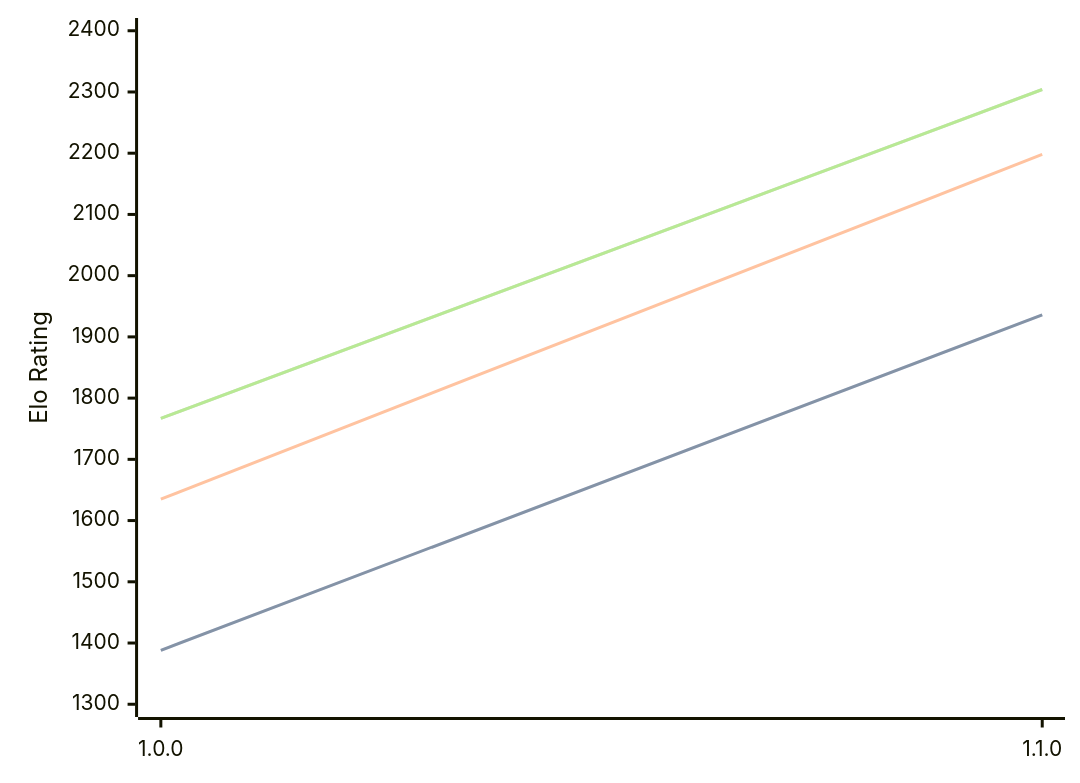
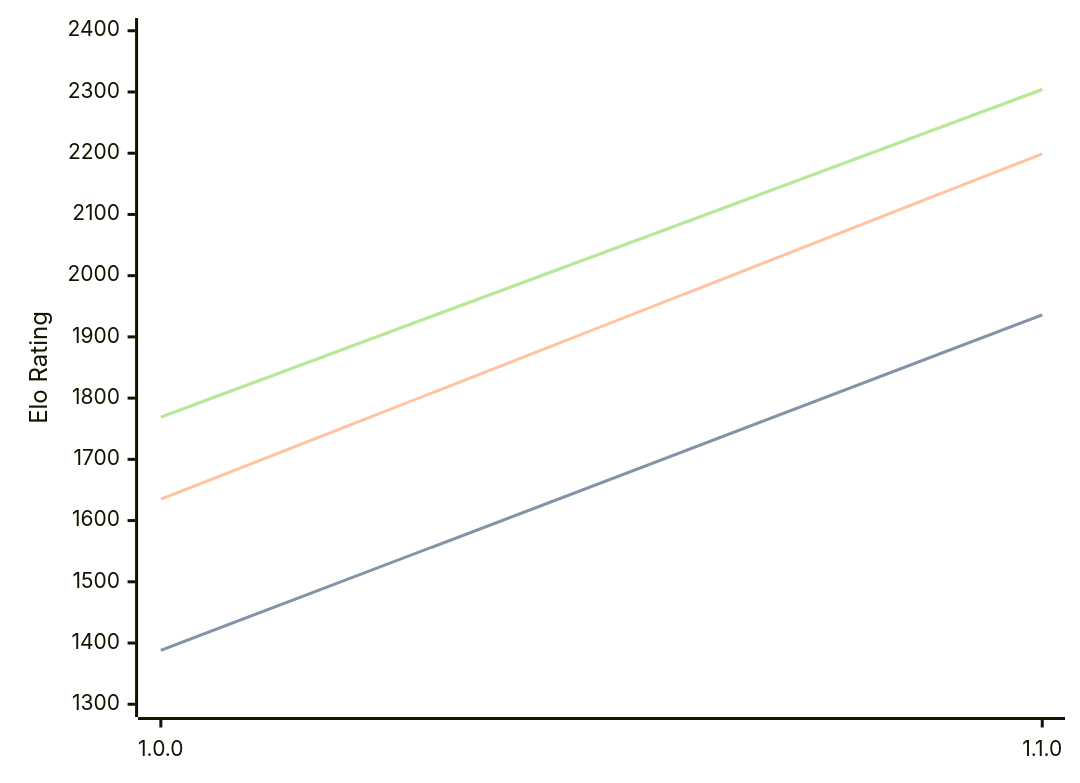
The diagram in engines/Akerbeltz.md (computer-chess-index/cci), drawn with Mermaid before and after one commit. The commit also changed other lines of this file, not shown here.

Commit message:
Update CCI Ratings (ELO VLTC) - 2026-09-06

````diff
--- a/engines/Akerbeltz.md
+++ b/engines/Akerbeltz.md
@@ -32,11 +32,11 @@
 ```mermaid
 %%{init: {"theme":"base","themeVariables":{"seriesColors:['#a3a3a3','#222221','#faa371']}}}%%
 xychart-beta
   x-axis ["1.0.0", "1.1.0"]
   y-axis "Elo Rating" 1300 --> 2400
   line "" [1388, 1936]
   line "STC (8.0+0.08s)" [1388, 1936]
-  line "LTC (60.0+0.60s)" [1635, 2198]
-  line "" [1767, 2304]
-  line "VLTC (2m24s+1.12s)" [1767, 2304]
+  line "LTC (60.0+0.60s)" [1635, 2199]
+  line "" [1769, 2304]
+  line "VLTC (2m24s+1.12s)" [1769, 2304]
 ```
````
